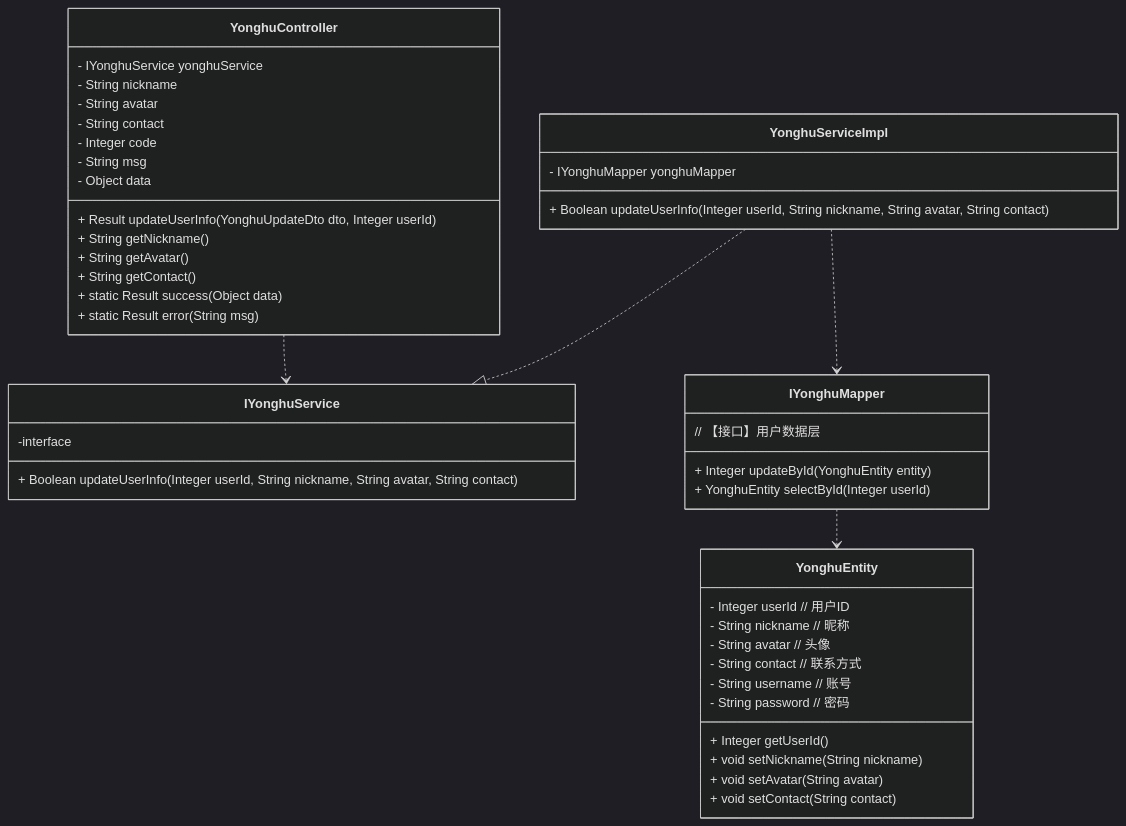
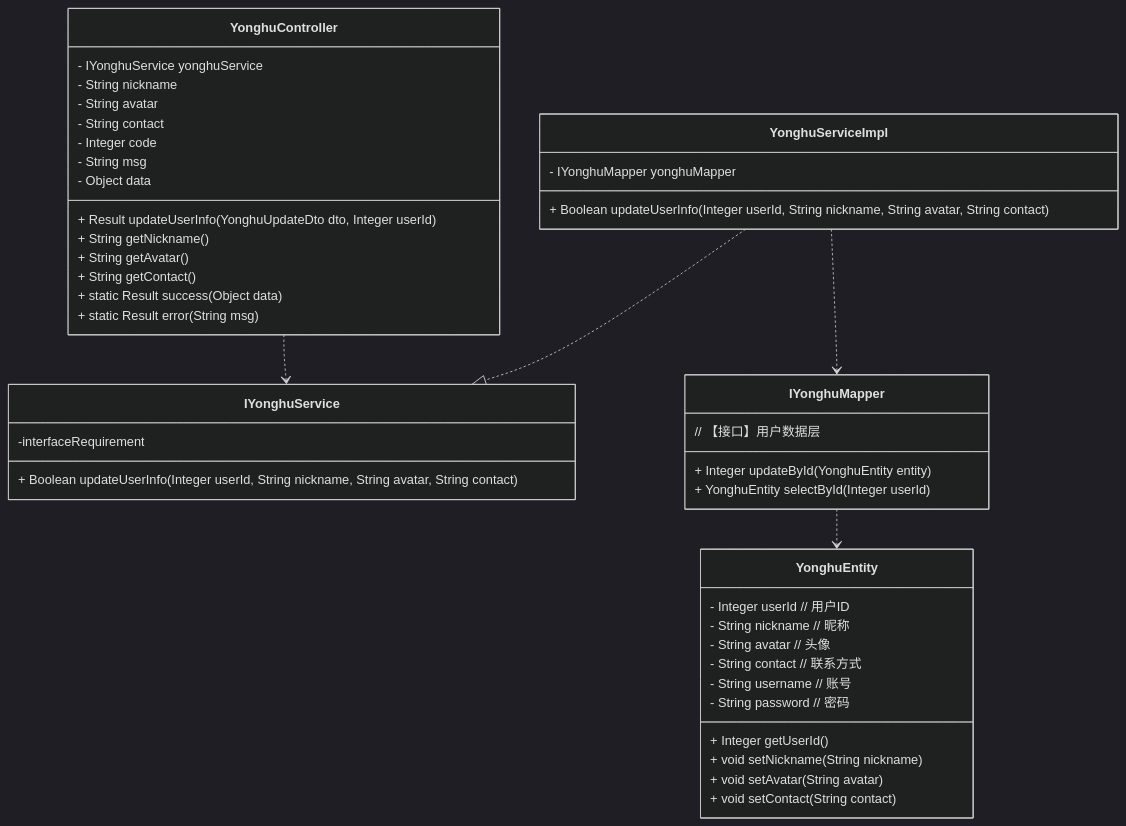
One commit to DEbalanceUX/iodraw-files changed the diagram in all/未命名-6.md. Above: the diagram before and after it, drawn with Mermaid (dark theme).

Commit message:
2025-12-26 03:47:00 update

````diff
--- a/all/未命名-6.md
+++ b/all/未命名-6.md
@@ -1,64 +1,64 @@
 ```mermaid
 classDiagram
     %% 关系定义（仅用Class+implements）
     YonghuServiceImpl ..|> IYonghuService : 
     YonghuController ..> IYonghuService : 
     YonghuServiceImpl ..> IYonghuMapper : 
     IYonghuMapper ..> YonghuEntity : 
 
     %% Controller层
     class YonghuController {
         - IYonghuService yonghuService
         + Result updateUserInfo(YonghuUpdateDto dto, Integer userId)
         
         
             - String nickname      
             - String avatar         
             - String contact        
             + String getNickname()
             + String getAvatar()
             + String getContact()
         
         
     
             - Integer code
             - String msg      
             - Object data   
             + static Result success(Object data)
             + static Result error(String msg)
         
     }
 
     %% Service接口（伪装为Class，注释说明是接口）
     class IYonghuService {
-        -interface
+        -interfaceRequirement
         + Boolean updateUserInfo(Integer userId, String nickname, String avatar, String contact)
     }
 
     %% Service实现类
     class YonghuServiceImpl {
         - IYonghuMapper yonghuMapper
         + Boolean updateUserInfo(Integer userId, String nickname, String avatar, String contact)
     }
 
     %% Mapper接口（伪装为Class，注释说明是接口）
     class IYonghuMapper {
         // 【接口】用户数据层
         + Integer updateById(YonghuEntity entity)
         + YonghuEntity selectById(Integer userId)
     }
 
     %% Entity层
     class YonghuEntity {
         - Integer userId        // 用户ID
         - String nickname       // 昵称
         - String avatar         // 头像
         - String contact        // 联系方式
         - String username       // 账号
         - String password       // 密码
         + Integer getUserId()
         + void setNickname(String nickname)
         + void setAvatar(String avatar)
         + void setContact(String contact)
     }
 ```
````
